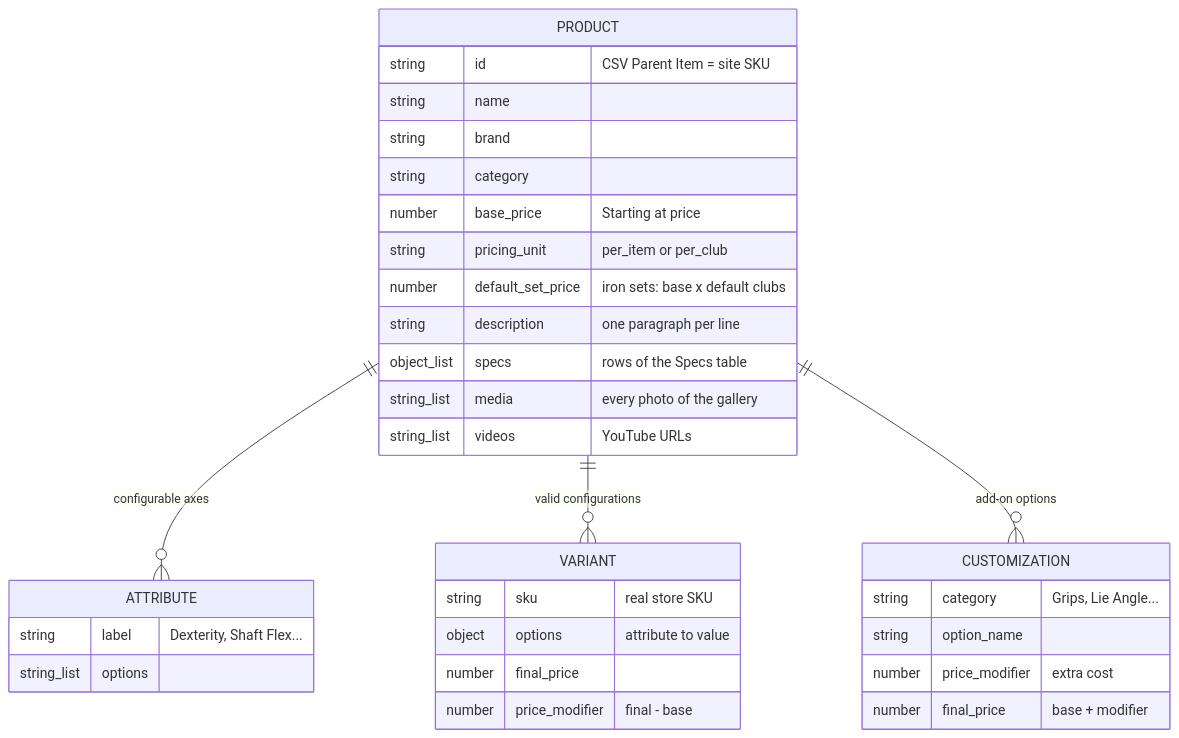
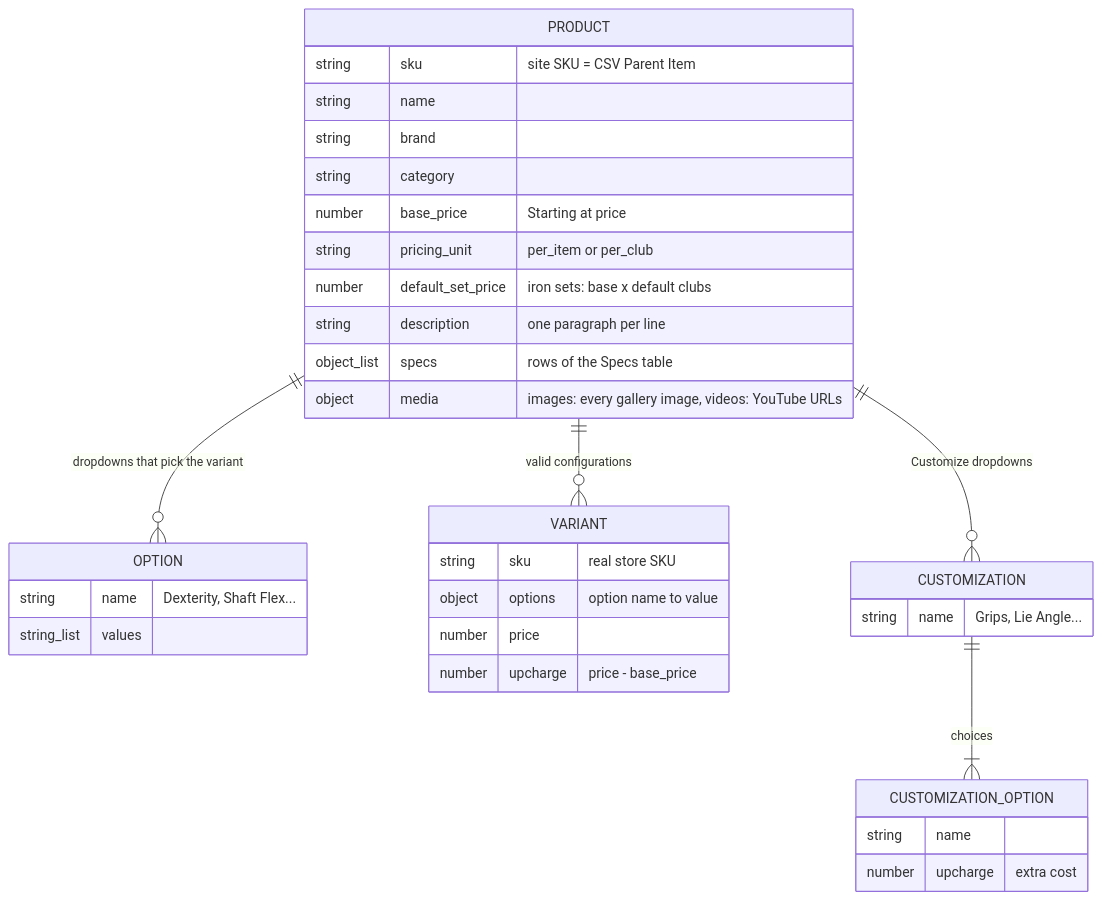
One commit to RLFreddy/retail-acquisition-engine changed the first of 4 diagrams in DOCUMENTATION.md. Above: the diagram before and after it, drawn with Mermaid. The commit also changed other lines of this file and 22 other files, not shown here.

Commit message:
feat: name output fields like the site

````diff
--- a/DOCUMENTATION.md
+++ b/DOCUMENTATION.md
@@ -20,35 +20,36 @@
 ```mermaid
 erDiagram
-    PRODUCT ||--o{ ATTRIBUTE : "configurable axes"
+    PRODUCT ||--o{ OPTION : "dropdowns that pick the variant"
     PRODUCT ||--o{ VARIANT : "valid configurations"
-    PRODUCT ||--o{ CUSTOMIZATION : "add-on options"
+    PRODUCT ||--o{ CUSTOMIZATION : "Customize dropdowns"
+    CUSTOMIZATION ||--|{ CUSTOMIZATION_OPTION : "choices"
     PRODUCT {
-        string id "CSV Parent Item = site SKU"
+        string sku "site SKU = CSV Parent Item"
         string name
         string brand
         string category
         number base_price "Starting at price"
         string pricing_unit "per_item or per_club"
         number default_set_price "iron sets: base x default clubs"
         string description "one paragraph per line"
         object_list specs "rows of the Specs table"
-        string_list media "every photo of the gallery"
-        string_list videos "YouTube URLs"
+        object media "images: every gallery image, videos: YouTube URLs"
     }
-    ATTRIBUTE {
-        string label "Dexterity, Shaft Flex..."
-        string_list options
+    OPTION {
+        string name "Dexterity, Shaft Flex..."
+        string_list values
     }
     VARIANT {
         string sku "real store SKU"
-        object options "attribute to value"
-        number final_price
-        number price_modifier "final - base"
+        object options "option name to value"
+        number price
+        number upcharge "price - base_price"
     }
     CUSTOMIZATION {
-        string category "Grips, Lie Angle..."
-        string option_name
-        number price_modifier "extra cost"
-        number final_price "base + modifier"
+        string name "Grips, Lie Angle..."
+    }
+    CUSTOMIZATION_OPTION {
+        string name
+        number upcharge "extra cost"
     }
 ```
````
